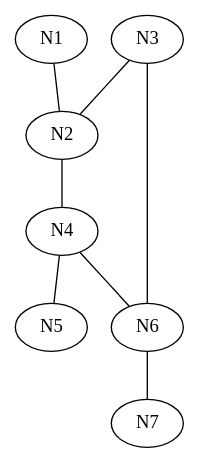
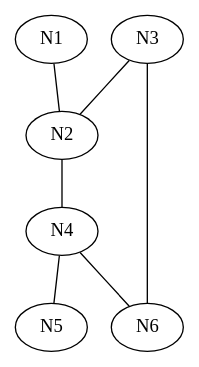
The diagram in test.gv (ParisNeo/QGraphViz), drawn with Graphviz before and after one commit. The commit also changed 3 other files, not shown here.

Commit message:
Updated syntax to match GraphViz syntax

```diff
--- a/test.gv
+++ b/test.gv
@@ -1,16 +1,14 @@
 graph {
-    Node1 [label=N1]
-    Node2 [label=N2]
-    Node3 [label=N3]
-    Node4 [label=N4]
-    Node5 [label=N5]
-    Node6 [label=N6]
-    Node7 [label=N7]
-    Node1 -- Node2
-    Node3 -- Node2
-    Node2 -- Node4
-    Node4 -- Node5
-    Node4 -- Node6
-    Node3 -- Node6
-    Node6 -- Node7
+    Node1 [label=N1];
+    Node2 [label=N2];
+    Node3 [label=N3];
+    Node4 [label=N4];
+    Node5 [label=N5];
+    Node6 [label=N6];
+    Node1 -- Node2;
+    Node3 -- Node2;
+    Node2 -- Node4;
+    Node4 -- Node5;
+    Node4 -- Node6;
+    Node3 -- Node6;
 }
```
